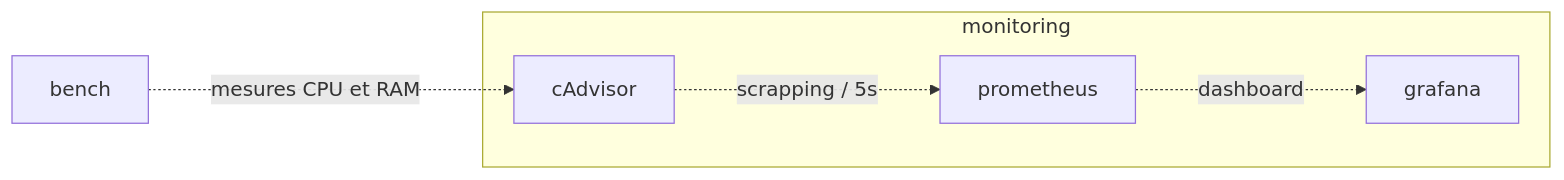
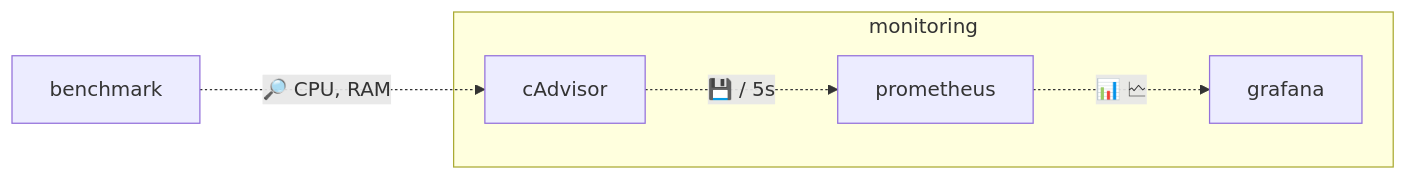
The diagram in slides/slideshow.md (Purecontrol/breizhcamp_bench_python_containers), drawn with Mermaid before and after one commit. The commit also changed other lines of this file and 3 other files, not shown here.

```diff
--- a/slides/slideshow.md
+++ b/slides/slideshow.md
@@ -347,8 +358,8 @@
-<pre class="mermaid">
+<div class="mermaid">
   flowchart LR
-    bench -..->| mesures CPU et RAM | cAdvisor
+    benchmark -..->| 🔎 CPU, RAM | cAdvisor
     subgraph monitoring
-      cAdvisor -..->| scrapping / 5s | prometheus
-      prometheus -..->| dashboard | grafana
+      cAdvisor -..->| 💾 / 5s | prometheus
+      prometheus -..->| 📊 🗠 | grafana
     end
-</pre>
+</div>
```
